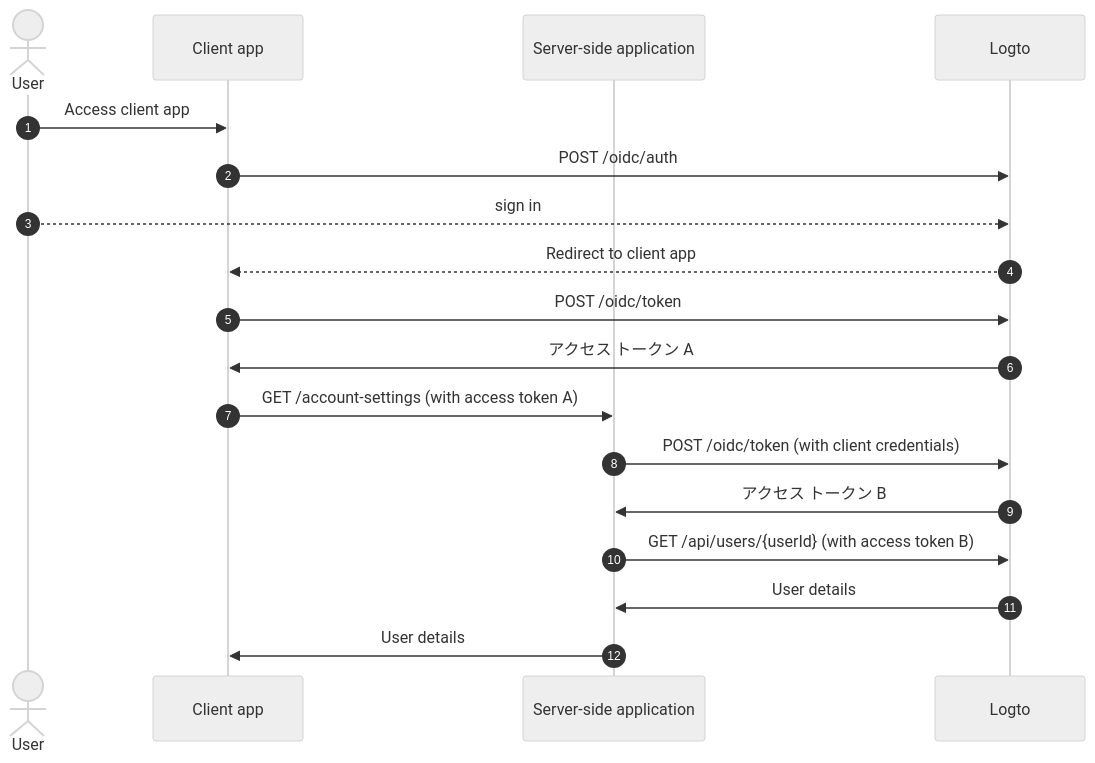
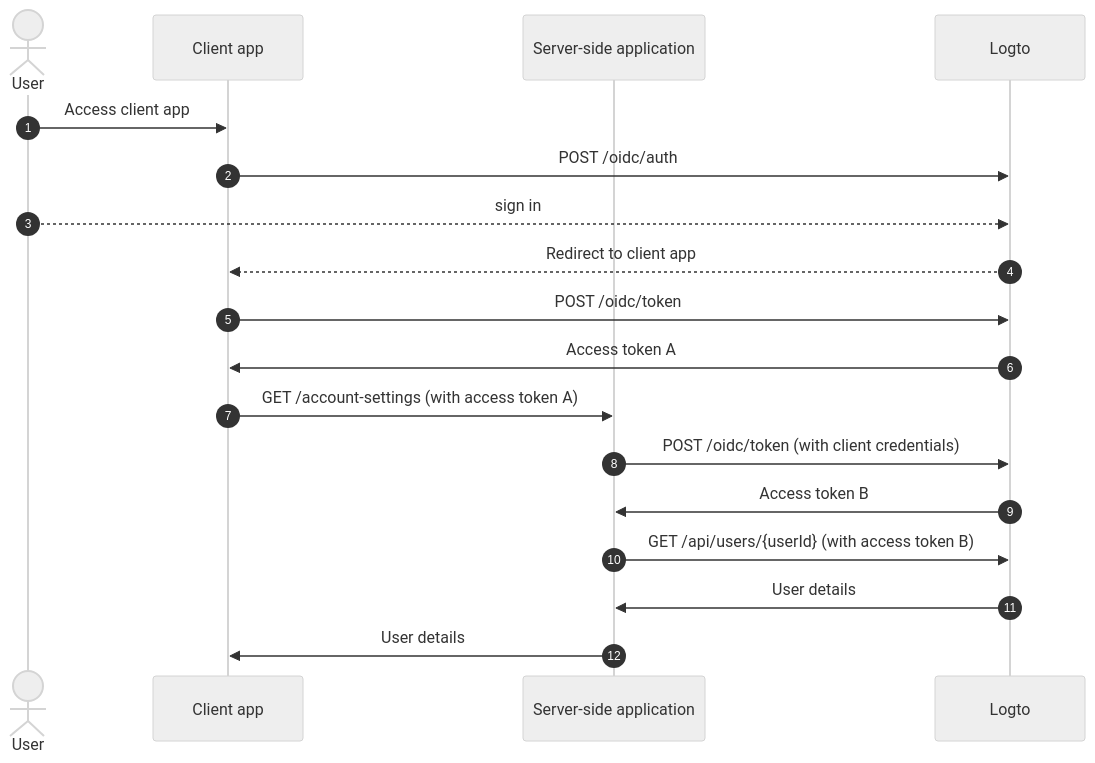
One commit to logto-io/docs changed the second of 3 diagrams in i18n/ja/docusaurus-plugin-content-docs/current/end-user-flows/account-settings/by-management-api.mdx. Above: the diagram before and after it, drawn with Mermaid (neutral theme). The commit also changed other lines of this file and 22 other files, not shown here.

````diff
--- a/i18n/ja/docusaurus-plugin-content-docs/current/end-user-flows/account-settings/by-management-api.mdx
+++ b/i18n/ja/docusaurus-plugin-content-docs/current/end-user-flows/account-settings/by-management-api.mdx
@@ -27,21 +27,21 @@
 ```mermaid
   sequenceDiagram
     autonumber
     actor User as User
     participant Client as Client app
     participant Server as Server-side application
     participant Logto as Logto
 
     User ->> Client: Access client app
     Client ->> Logto: POST /oidc/auth
     User -->> Logto: sign in
     Logto -->> Client: Redirect to client app
     Client ->> Logto: POST /oidc/token
-    Logto ->> Client: アクセス トークン A
+    Logto ->> Client: Access token A
     Client ->> Server: GET /account-settings (with access token A)
     Server ->> Logto: POST /oidc/token (with client credentials)
-    Logto ->> Server: アクセス トークン B
+    Logto ->> Server: Access token B
     Server ->> Logto: GET /api/users/{userId} (with access token B)
     Logto ->> Server: User details
     Server ->> Client: User details
 ```
````
